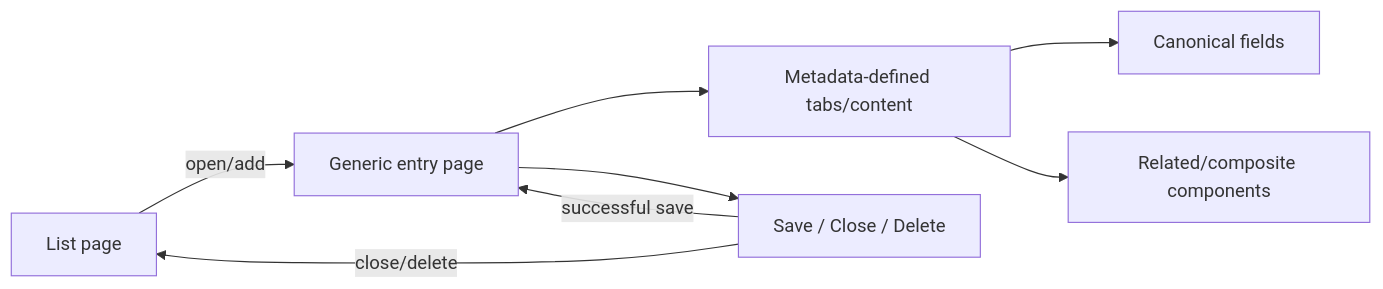
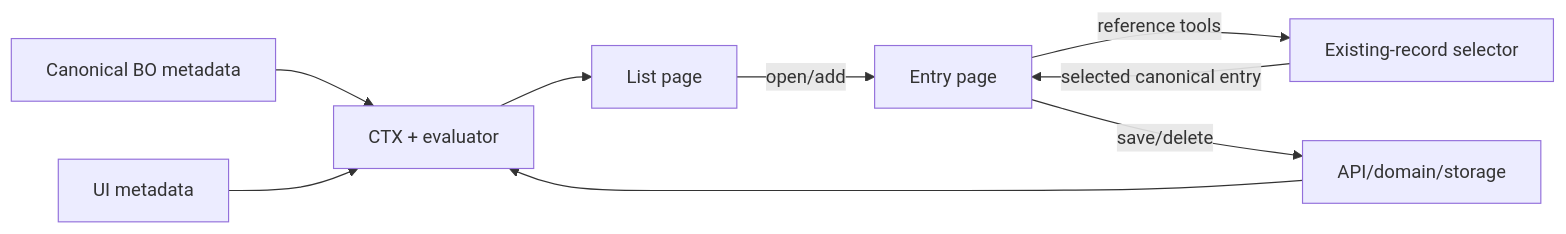
Before and after one commit to ymanatos1/ManatOS: the diagram in docs/ui/Entity-Pages.md, drawn with Mermaid. The commit also changed other lines of this file and 81 other files, not shown here.

````diff
--- a/docs/ui/Entity-Pages.md
+++ b/docs/ui/Entity-Pages.md
@@ -9,10 +9,11 @@
 ```mermaid
 flowchart LR
-    L[List page] -->|open/add| E[Generic entry page]
-    E --> T[Metadata-defined tabs/content]
-    T --> F[Canonical fields]
-    T --> C[Related/composite components]
-    E --> A[Save / Close / Delete]
-    A -->|successful save| E
-    A -->|close/delete| L
+    M[Canonical BO metadata] --> C[CTX + evaluator]
+    U[UI metadata] --> C
+    C --> L[List page]
+    L -->|open/add| E[Entry page]
+    E -->|reference tools| S[Existing-record selector]
+    S -->|selected canonical entry| E
+    E -->|save/delete| A[API/domain/storage]
+    A --> C
 ```
````
